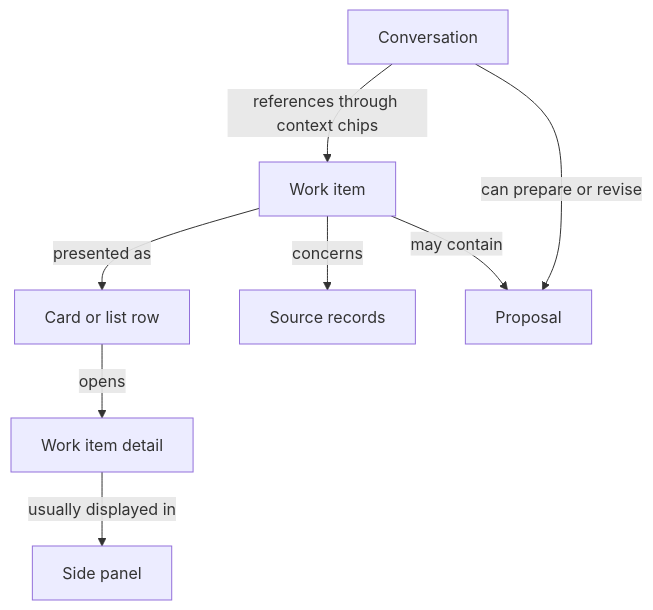
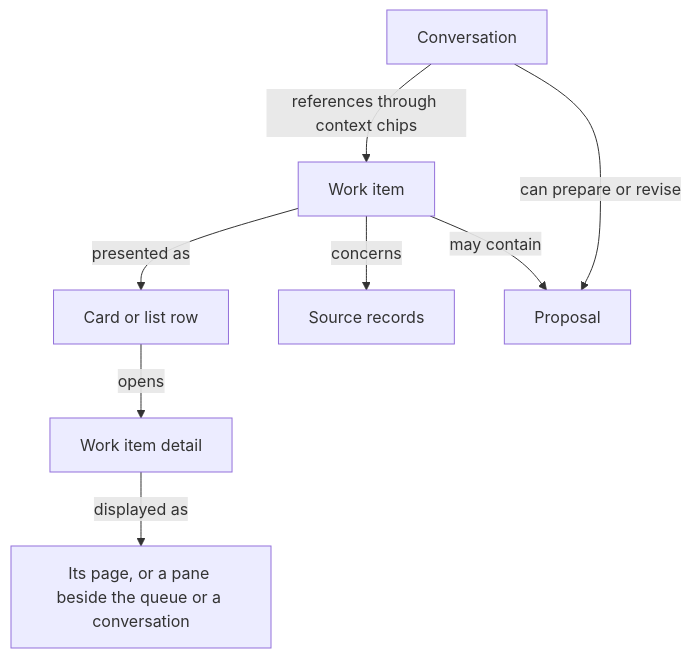
One commit to etori-ai/clew changed the first of 2 diagrams in docs/reference/vocabulary.md. Above: the diagram before and after it, drawn with Mermaid. The commit also changed other lines of this file and 48 other files, not shown here.

````diff
--- a/docs/reference/vocabulary.md
+++ b/docs/reference/vocabulary.md
@@ -27,10 +27,10 @@
 ```mermaid
 flowchart TD
   Work["Work item"] -->|"presented as"| Card["Card or list row"]
   Card -->|"opens"| Detail["Work item detail"]
-  Detail -->|"usually displayed in"| Panel["Side panel"]
+  Detail -->|"displayed as"| Pane["Its page, or a pane beside the queue or a conversation"]
   Work -->|"concerns"| Record["Source records"]
   Work -->|"may contain"| Proposal["Proposal"]
   Conversation["Conversation"] -->|"references through context chips"| Work
   Conversation -->|"can prepare or revise"| Proposal
 ```
````
